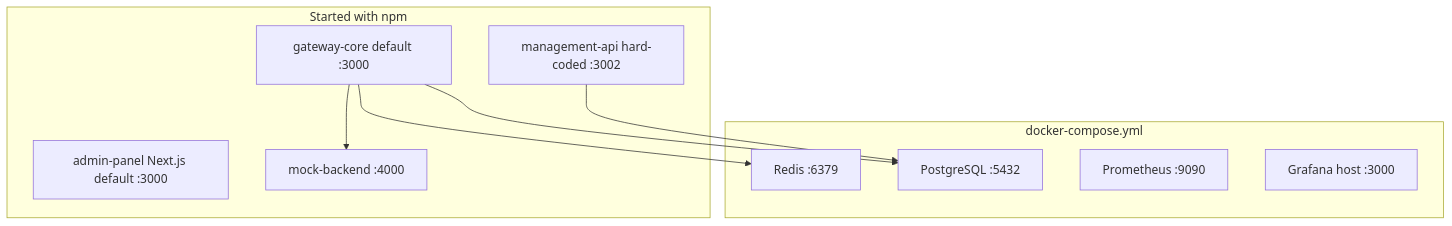
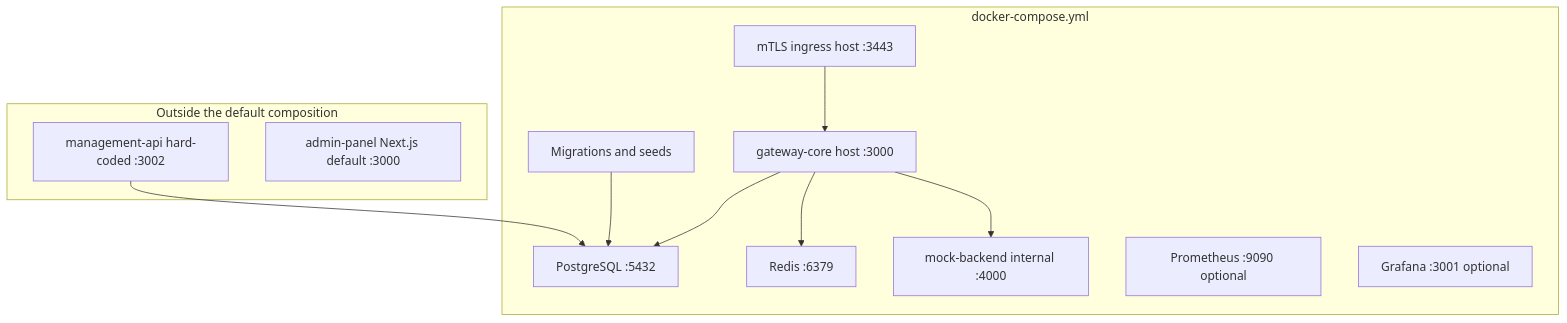
The diagram in docs/02-architecture/Deployment Model.md (c4rl0s04/api-gateway-platform), drawn with Mermaid before and after one commit. The commit also changed other lines of this file and 13 other files, not shown here.

````diff
--- a/docs/02-architecture/Deployment Model.md
+++ b/docs/02-architecture/Deployment Model.md
@@ -32,21 +35,25 @@
 ```mermaid
 flowchart TB
     subgraph Compose["docker-compose.yml"]
         POSTGRES["PostgreSQL :5432"]
         REDIS["Redis :6379"]
-        PROMETHEUS["Prometheus :9090"]
-        GRAFANA["Grafana host :3000"]
+        SETUP["Migrations and seeds"]
+        MOCK["mock-backend internal :4000"]
+        GATEWAY["gateway-core host :3000"]
+        INGRESS["mTLS ingress host :3443"]
+        PROMETHEUS["Prometheus :9090 optional"]
+        GRAFANA["Grafana :3001 optional"]
     end
 
-    subgraph Processes["Started with npm"]
-        GATEWAY["gateway-core default :3000"]
+    subgraph Scaffolds["Outside the default composition"]
         MANAGEMENT["management-api hard-coded :3002"]
         PANEL["admin-panel Next.js default :3000"]
-        MOCK["mock-backend :4000"]
     end
 
+    SETUP --> POSTGRES
     GATEWAY --> POSTGRES
     GATEWAY --> REDIS
     GATEWAY --> MOCK
+    INGRESS --> GATEWAY
     MANAGEMENT --> POSTGRES
 ```
````
